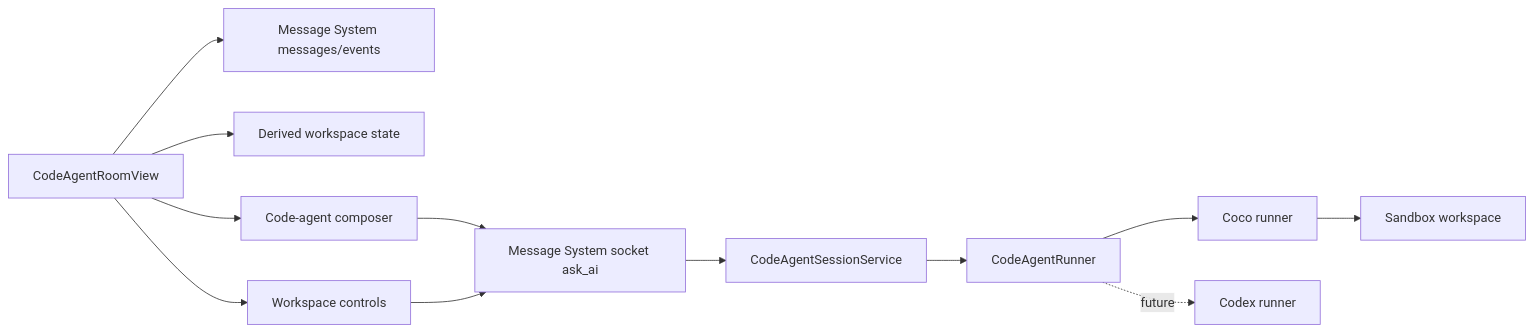
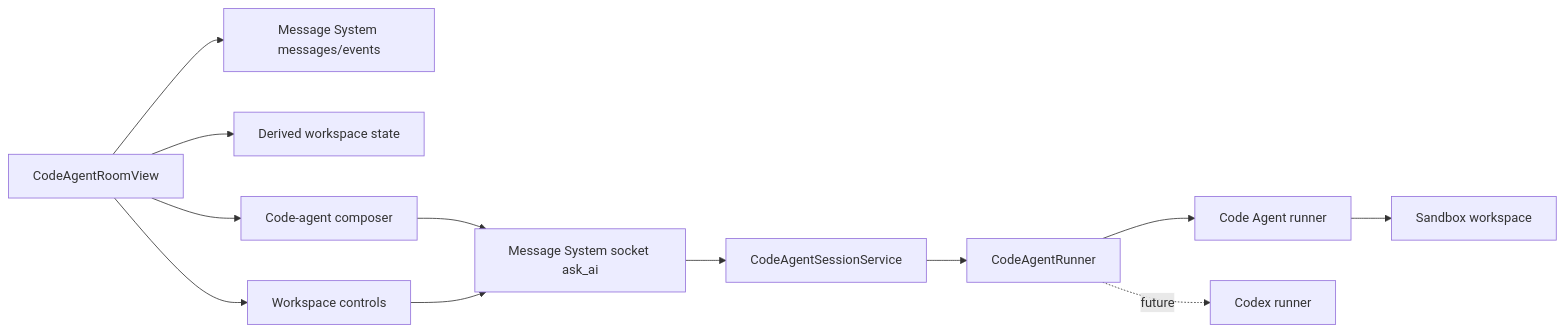
The diagram in docs/code-agent-workspace-ui-plan.md (WENLIN-LI/message-system), drawn with Mermaid before and after one commit. The commit also changed other lines of this file and 207 other files, not shown here.

Commit message:
code-agent: migrate coco naming

````diff
--- a/docs/code-agent-workspace-ui-plan.md
+++ b/docs/code-agent-workspace-ui-plan.md
@@ -75,14 +75,14 @@
 ```mermaid
 flowchart LR
   UI["CodeAgentRoomView"] --> MSG["Message System messages/events"]
   UI --> STATE["Derived workspace state"]
   UI --> RUN["Code-agent composer"]
   UI --> CTRL["Workspace controls"]
   RUN --> SOCK["Message System socket ask_ai"]
   CTRL --> SOCK
   SOCK --> SVC["CodeAgentSessionService"]
   SVC --> BACKEND["CodeAgentRunner"]
-  BACKEND --> COCO["Coco runner"]
+  BACKEND --> CODE_AGENT["Code Agent runner"]
   BACKEND -. future .-> CODEX["Codex runner"]
-  COCO --> E2B["Sandbox workspace"]
+  CODE_AGENT --> E2B["Sandbox workspace"]
 ```
````
